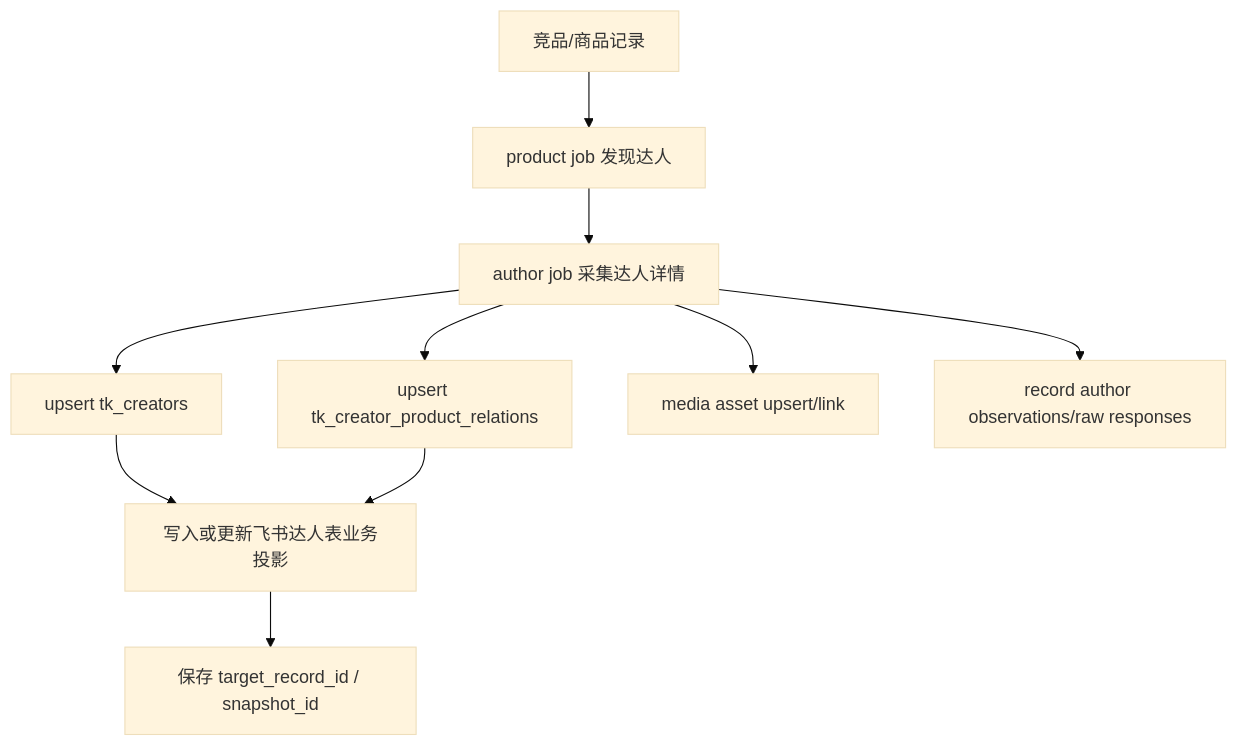
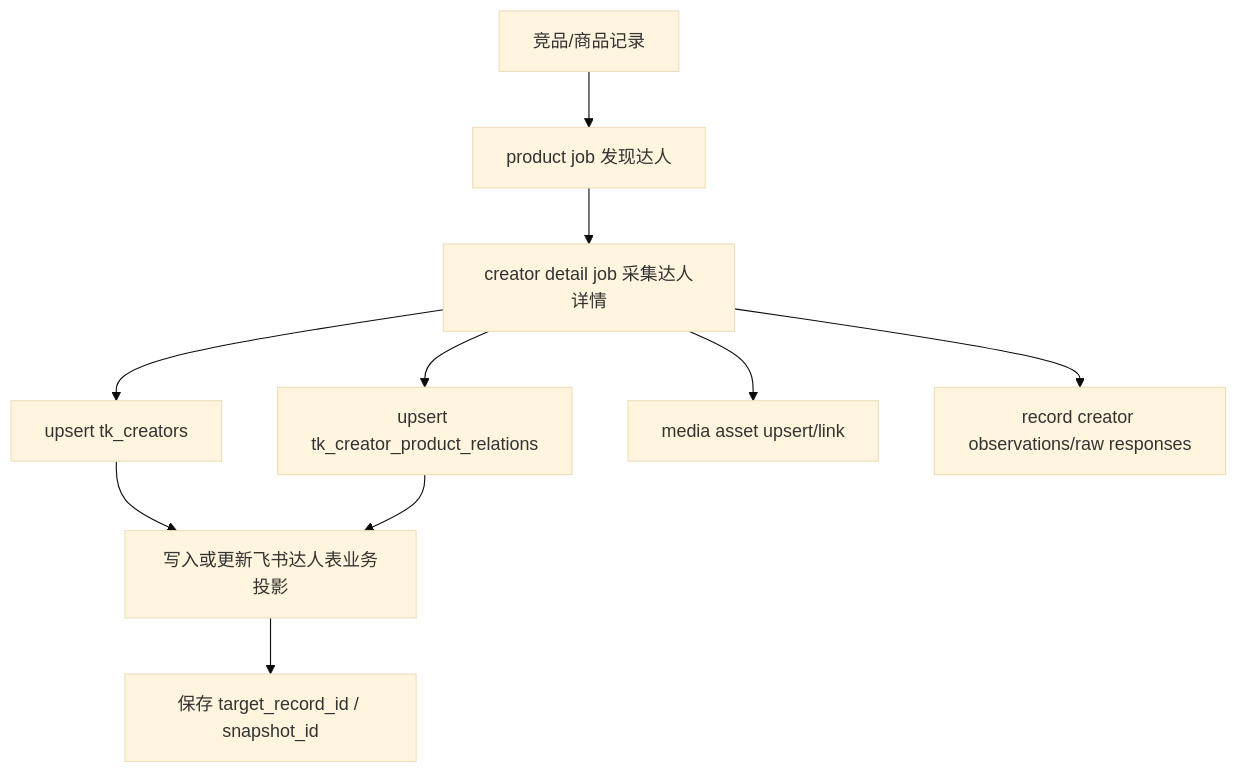
The third of 4 diagrams in docs/arch/fact-db-schema-design.md (knighterrantsky/mujitask), drawn with Mermaid (base theme) before and after one commit. The commit also changed other lines of this file and 53 other files, not shown here.

````diff
--- a/docs/arch/fact-db-schema-design.md
+++ b/docs/arch/fact-db-schema-design.md
@@ -291,12 +323,12 @@
 ```mermaid
 flowchart TD
     A["竞品/商品记录"] --> B["product job 发现达人"]
-    B --> C["author job 采集达人详情"]
+    B --> C["creator detail job 采集达人详情"]
     C --> D["upsert tk_creators"]
     C --> E["upsert tk_creator_product_relations"]
     C --> F["media asset upsert/link"]
-    C --> G["record author observations/raw responses"]
+    C --> G["record creator observations/raw responses"]
     D --> H["写入或更新飞书达人表业务投影"]
     E --> H
     H --> I["保存 target_record_id / snapshot_id"]
 ```
````
